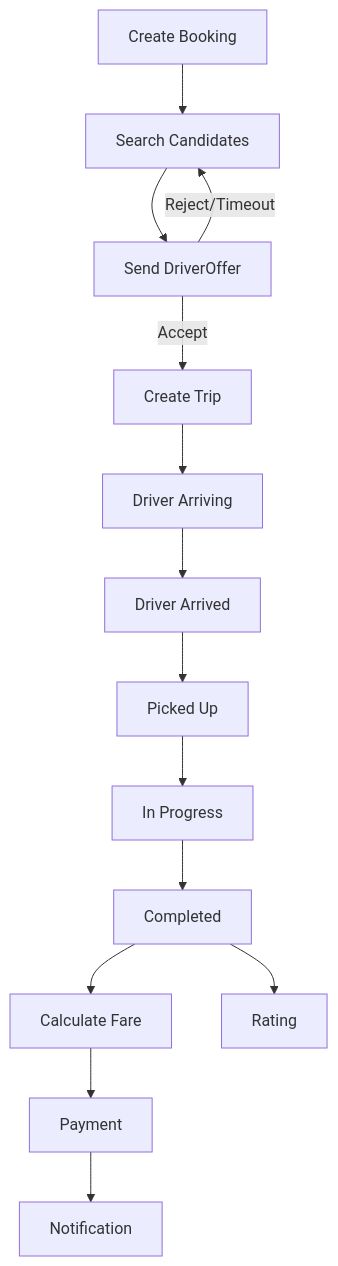
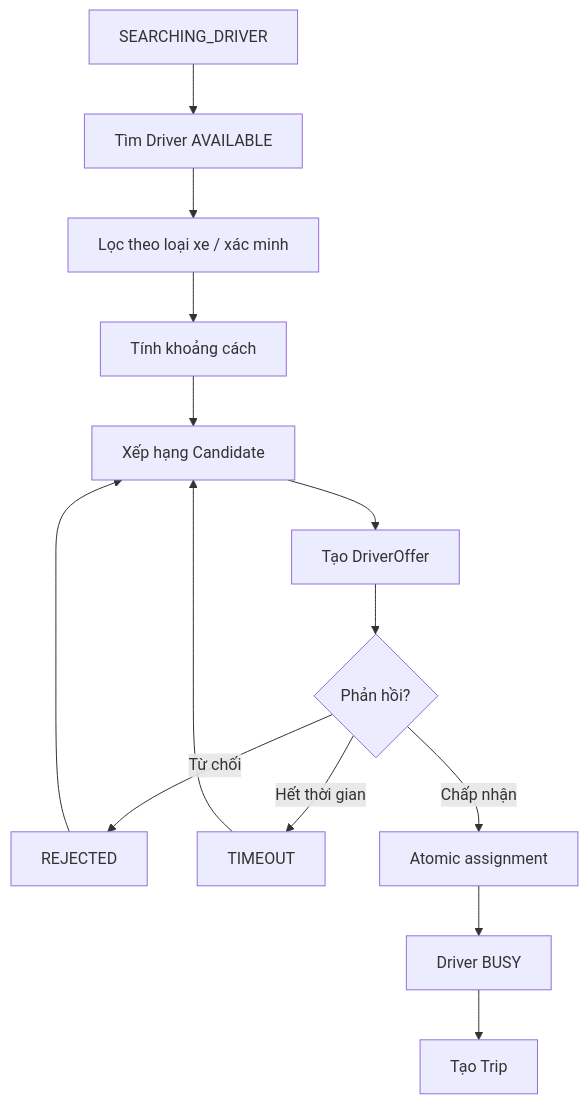
The seventh of 13 diagrams in srs.md (nguyentrong-280205/23669941_NguyenDinhTrong_Cabsystem), drawn with Mermaid before and after one commit. The commit also changed other lines of this file, not shown here.

````diff
--- a/srs.md
+++ b/srs.md
@@ -401,16 +856,16 @@
 ```mermaid
 flowchart TD
-    B[Create Booking] --> M[Search Candidates]
-    M --> O[Send DriverOffer]
-    O -->|Reject/Timeout| M
-    O -->|Accept| T[Create Trip]
-    T --> A[Driver Arriving]
-    A --> AR[Driver Arrived]
-    AR --> PU[Picked Up]
-    PU --> IP[In Progress]
-    IP --> C[Completed]
-    C --> F[Calculate Fare]
-    F --> P[Payment]
-    P --> N[Notification]
-    C --> R[Rating]
+    A[SEARCHING_DRIVER] --> B[Tìm Driver AVAILABLE]
+    B --> C[Lọc theo loại xe / xác minh]
+    C --> D[Tính khoảng cách]
+    D --> E[Xếp hạng Candidate]
+    E --> F[Tạo DriverOffer]
+    F --> G{Phản hồi?}
+    G -- Từ chối --> H[REJECTED]
+    H --> E
+    G -- Hết thời gian --> I[TIMEOUT]
+    I --> E
+    G -- Chấp nhận --> J[Atomic assignment]
+    J --> K[Driver BUSY]
+    K --> L[Tạo Trip]
 ```
````
